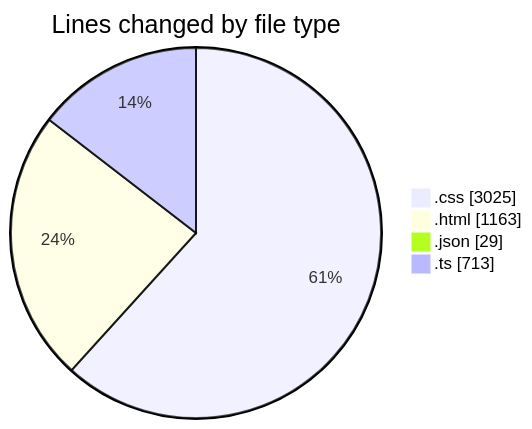
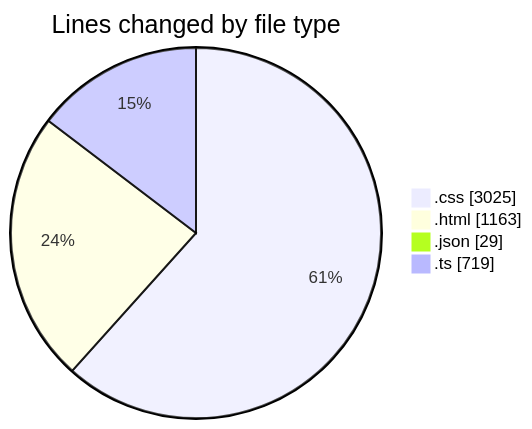
The first of 2 diagrams in 2025-12-30/budget_front_nest/README.md (igalym/code-tracking), drawn with Mermaid before and after one commit. The commit also changed other lines of this file and 1 other file, not shown here.

````diff
--- a/2025-12-30/budget_front_nest/README.md
+++ b/2025-12-30/budget_front_nest/README.md
@@ -33,8 +33,8 @@
 ```mermaid
 pie showData
 title Lines changed by file type
 ".css" : 3025
 ".html" : 1163
 ".json" : 29
-".ts" : 713
+".ts" : 719
 ```
````
